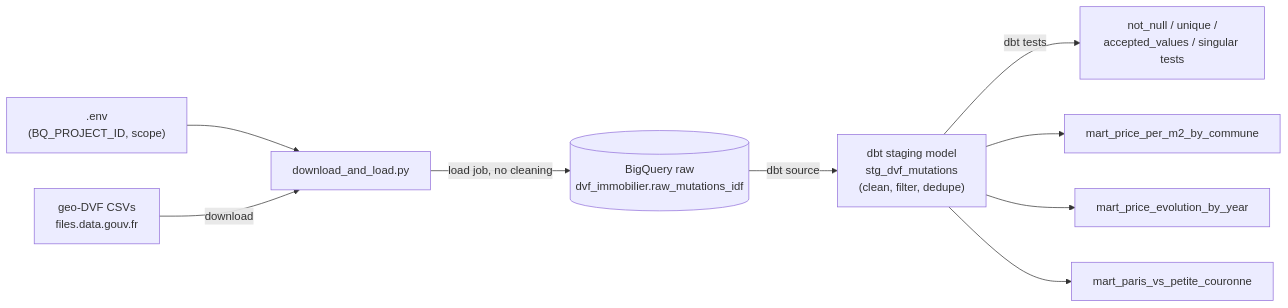
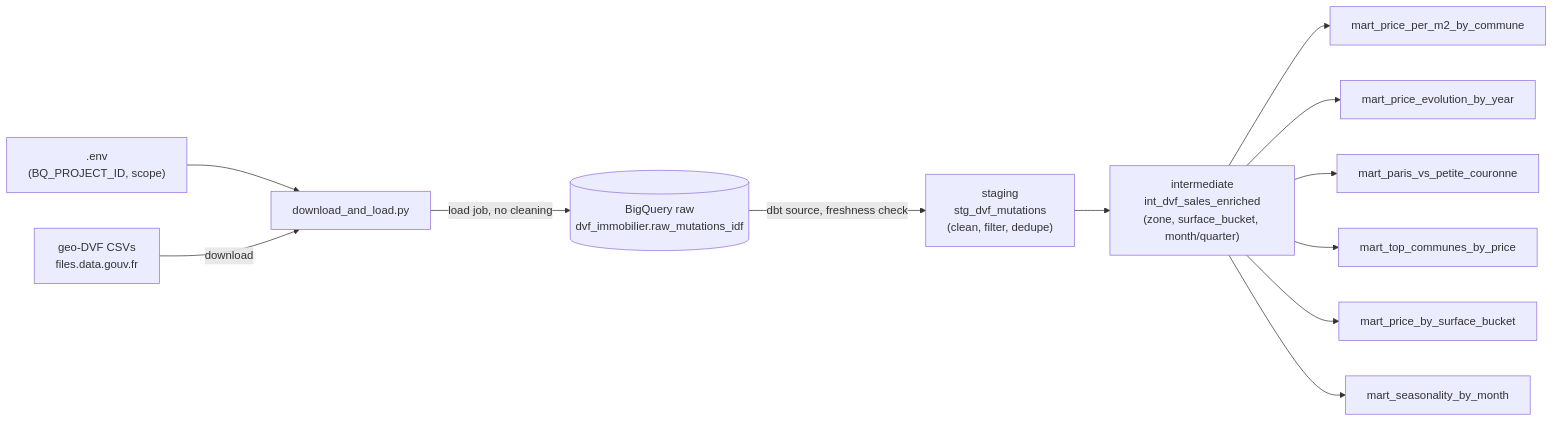
The diagram in README.md (Neotopia/real-estate-dvf-paris), drawn with Mermaid before and after one commit. The commit also changed other lines of this file, not shown here.

````diff
--- a/README.md
+++ b/README.md
@@ -45,12 +38,15 @@
 ```mermaid
 flowchart LR
     ENV[".env\n(BQ_PROJECT_ID, scope)"] --> PY["download_and_load.py"]
     SRC["geo-DVF CSVs\nfiles.data.gouv.fr"] -->|download| PY
     PY -->|load job, no cleaning| RAW[("BigQuery raw\ndvf_immobilier.raw_mutations_idf")]
 
-    RAW -->|dbt source| STG["dbt staging model\nstg_dvf_mutations\n(clean, filter, dedupe)"]
-    STG -->|dbt tests| TESTS["not_null / unique /\naccepted_values / singular tests"]
-    STG --> MART1["mart_price_per_m2_by_commune"]
-    STG --> MART2["mart_price_evolution_by_year"]
-    STG --> MART3["mart_paris_vs_petite_couronne"]
+    RAW -->|dbt source, freshness check| STG["staging\nstg_dvf_mutations\n(clean, filter, dedupe)"]
+    STG --> INT["intermediate\nint_dvf_sales_enriched\n(zone, surface_bucket, month/quarter)"]
+    INT --> MART1["mart_price_per_m2_by_commune"]
+    INT --> MART2["mart_price_evolution_by_year"]
+    INT --> MART3["mart_paris_vs_petite_couronne"]
+    INT --> MART4["mart_top_communes_by_price"]
+    INT --> MART5["mart_price_by_surface_bucket"]
+    INT --> MART6["mart_seasonality_by_month"]
 ```
````
